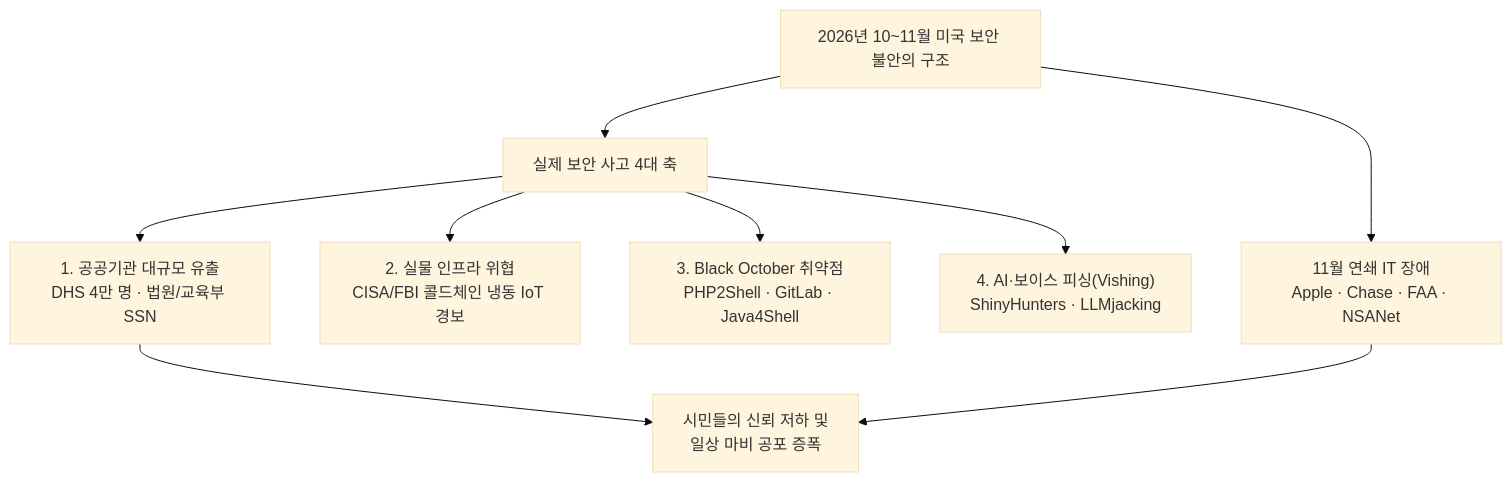
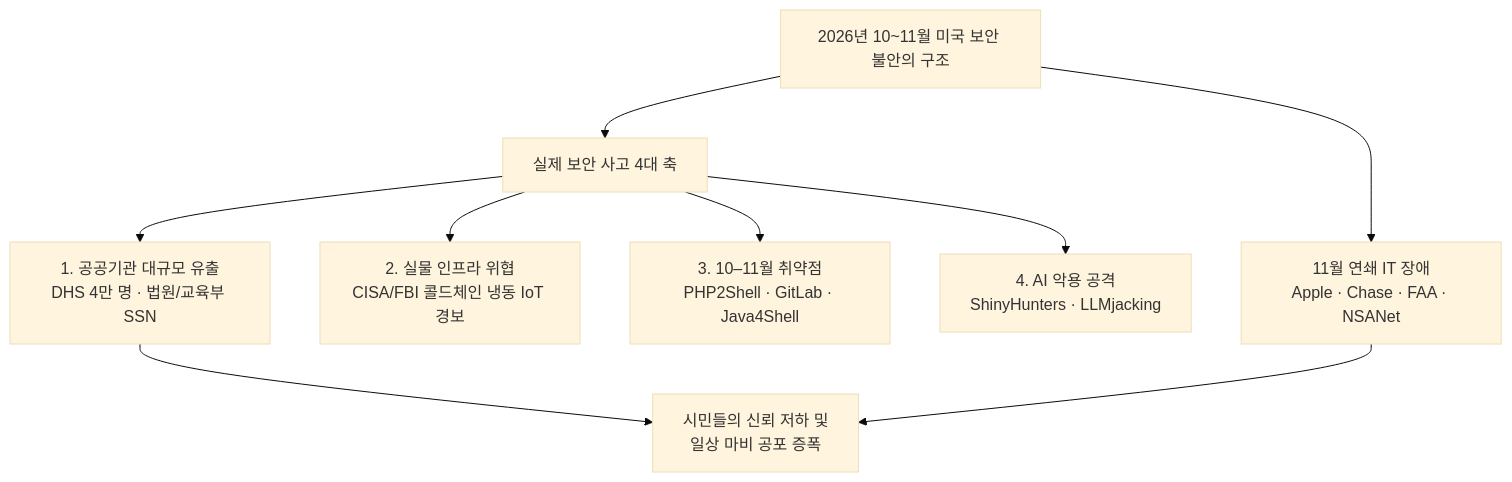
Before and after one commit to seodaeya/seodaeya.github.io: the diagram in files/posts/20261119-1-us-cybersecurity-anxiety-outages-breaches-2026.md, drawn with Mermaid (base theme). The commit also changed other lines of this file and 20 other files, not shown here.

````diff
--- a/files/posts/20261119-1-us-cybersecurity-anxiety-outages-breaches-2026.md
+++ b/files/posts/20261119-1-us-cybersecurity-anxiety-outages-breaches-2026.md
@@ -41,11 +41,11 @@
 ```mermaid
 flowchart TD
     A["2026년 10~11월 미국 보안 불안의 구조"] --> B["실제 보안 사고 4대 축"]
     A --> C["11월 연쇄 IT 장애<br/>Apple · Chase · FAA · NSANet"]
     B --> B1["1. 공공기관 대규모 유출<br/>DHS 4만 명 · 법원/교육부 SSN"]
     B --> B2["2. 실물 인프라 위협<br/>CISA/FBI 콜드체인 냉동 IoT 경보"]
-    B --> B3["3. Black October 취약점<br/>PHP2Shell · GitLab · Java4Shell"]
-    B --> B4["4. AI·보이스 피싱(Vishing)<br/>ShinyHunters · LLMjacking"]
+    B --> B3["3. 10–11월 취약점<br/>PHP2Shell · GitLab · Java4Shell"]
+    B --> B4["4. AI 악용 공격<br/>ShinyHunters · LLMjacking"]
     B1 --> D["시민들의 신뢰 저하 및<br/>일상 마비 공포 증폭"]
     C --> D
 ```
````
